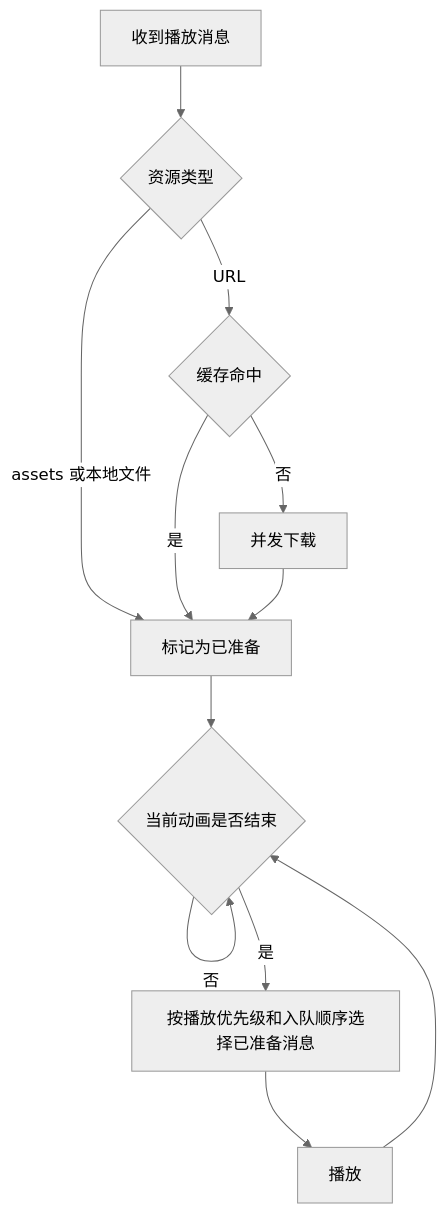
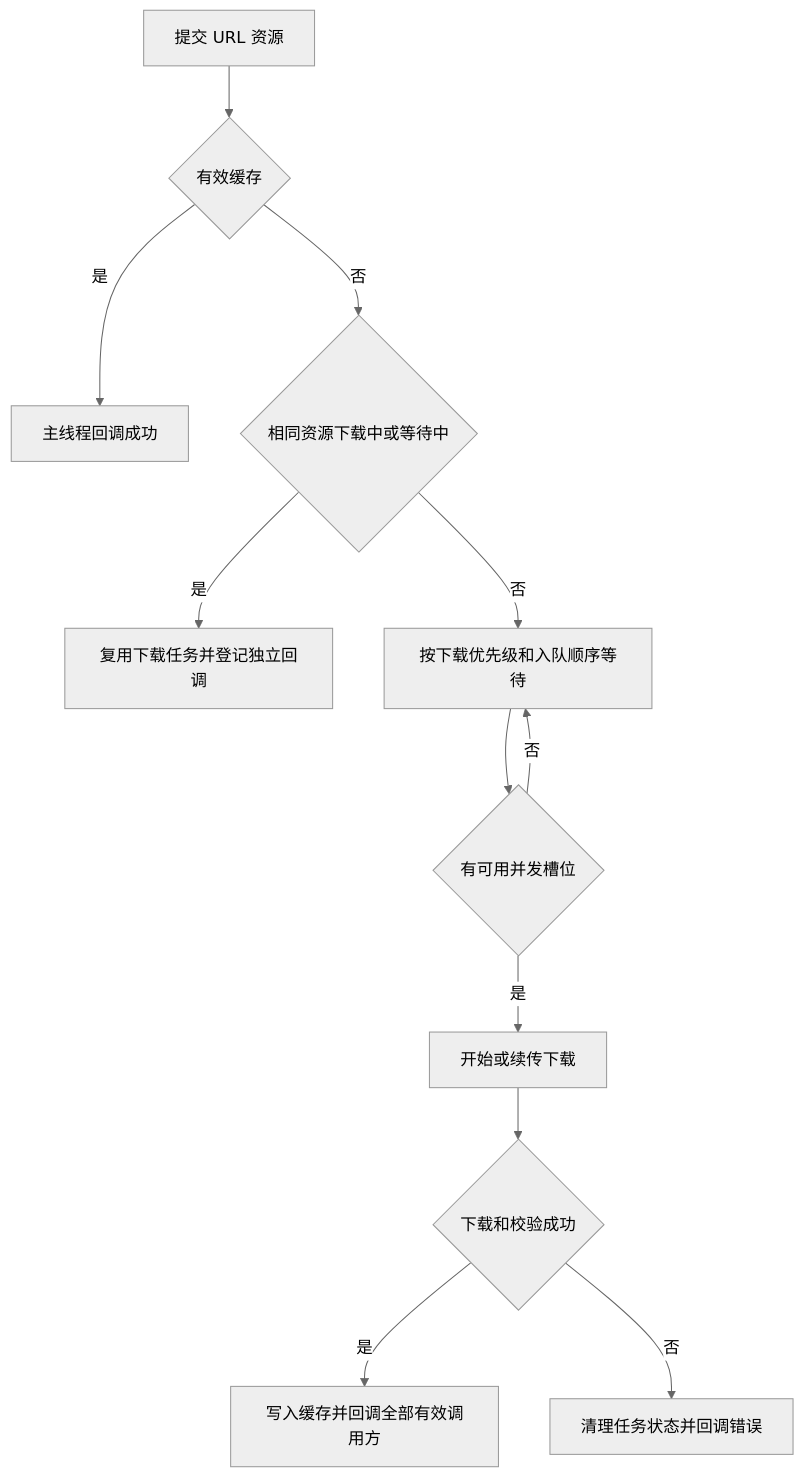
Before and after one commit to KeShiJie/GiftPlayer: the second of 2 diagrams in README.md, drawn with Mermaid (neutral theme). The commit also changed other lines of this file and 3 other files, not shown here.

````diff
--- a/README.md
+++ b/README.md
@@ -387,14 +375,14 @@
 ```mermaid
 flowchart TD
-    A[收到播放消息] --> B{资源类型}
-    B -- assets 或本地文件 --> E[标记为已准备]
-    B -- URL --> C{缓存命中}
-    C -- 是 --> E
-    C -- 否 --> D[并发下载]
-    D --> E
-    E --> F{当前动画是否结束}
-    F -- 否 --> F
-    F -- 是 --> G[按播放优先级和入队顺序选择已准备消息]
-    G --> H[播放]
-    H --> F
+    A[提交 URL 资源] --> B{有效缓存}
+    B -- 是 --> C[主线程回调成功]
+    B -- 否 --> D{相同资源下载中或等待中}
+    D -- 是 --> E[复用下载任务并登记独立回调]
+    D -- 否 --> F[按下载优先级和入队顺序等待]
+    F --> G{有可用并发槽位}
+    G -- 否 --> F
+    G -- 是 --> H[开始或续传下载]
+    H --> I{下载和校验成功}
+    I -- 是 --> J[写入缓存并回调全部有效调用方]
+    I -- 否 --> K[清理任务状态并回调错误]
 ```
````
